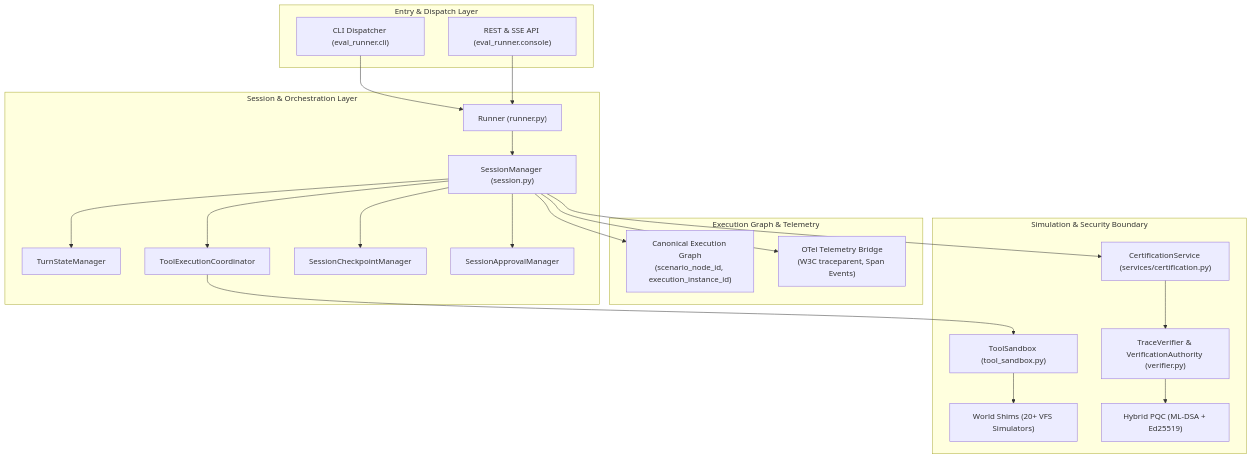
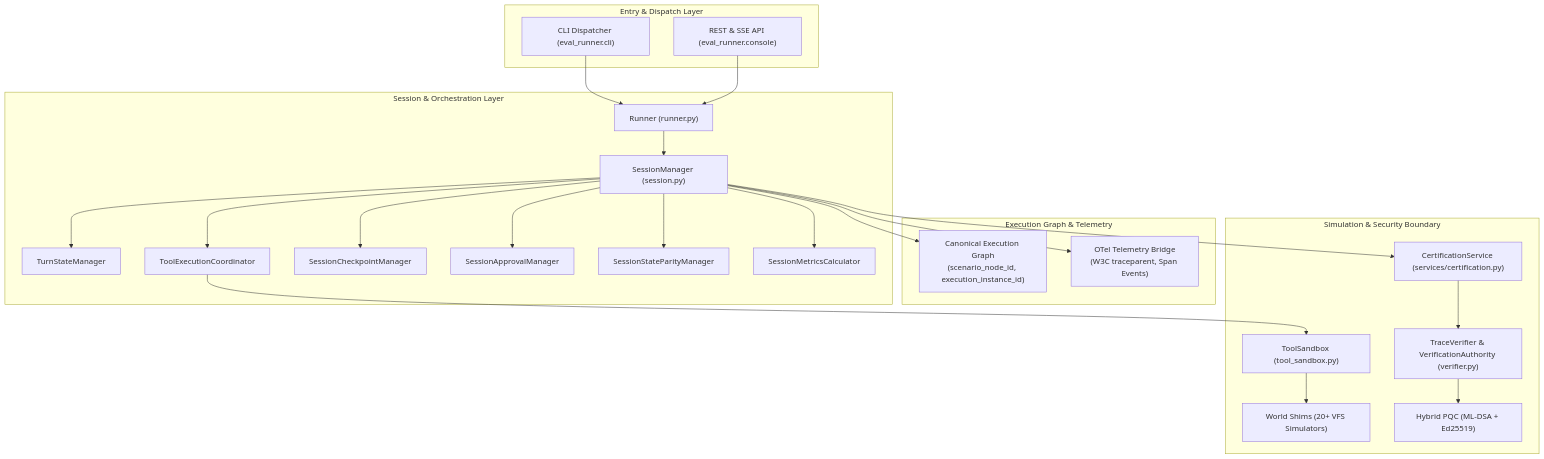
Before and after one commit to najeed/ai-agent-eval-harness: the diagram in docs/src/content/docs/builder/architecture.md, drawn with Mermaid. The commit also changed other lines of this file and 57 other files, not shown here.

````diff
--- a/docs/src/content/docs/builder/architecture.md
+++ b/docs/src/content/docs/builder/architecture.md
@@ -8,44 +8,48 @@
 ```mermaid
 graph TD
     subgraph "Entry & Dispatch Layer"
         CLI["CLI Dispatcher (eval_runner.cli)"]
         API["REST & SSE API (eval_runner.console)"]
     end
 
     subgraph "Session & Orchestration Layer"
         Runner["Runner (runner.py)"]
         Session["SessionManager (session.py)"]
         TSM["TurnStateManager"]
         TEC["ToolExecutionCoordinator"]
         SCM["SessionCheckpointManager"]
         SAM["SessionApprovalManager"]
+        SSPM["SessionStateParityManager"]
+        SMC["SessionMetricsCalculator"]
     end
 
     subgraph "Execution Graph & Telemetry"
         Graph["Canonical Execution Graph<br/>(scenario_node_id, execution_instance_id)"]
         OTel["OTel Telemetry Bridge<br/>(W3C traceparent, Span Events)"]
     end
 
     subgraph "Simulation & Security Boundary"
         Sandbox["ToolSandbox (tool_sandbox.py)"]
         Shims["World Shims (20+ VFS Simulators)"]
         Verifier["TraceVerifier & VerificationAuthority (verifier.py)"]
         Cert["CertificationService (services/certification.py)"]
         PQC["Hybrid PQC (ML-DSA + Ed25519)"]
     end
 
     CLI --> Runner
     API --> Runner
     Runner --> Session
     Session --> TSM
     Session --> TEC
     Session --> SCM
     Session --> SAM
+    Session --> SSPM
+    Session --> SMC
     TEC --> Sandbox
     Sandbox --> Shims
     Session --> Graph
     Session --> OTel
     Session --> Cert
     Cert --> Verifier
     Verifier --> PQC
 ```
````
